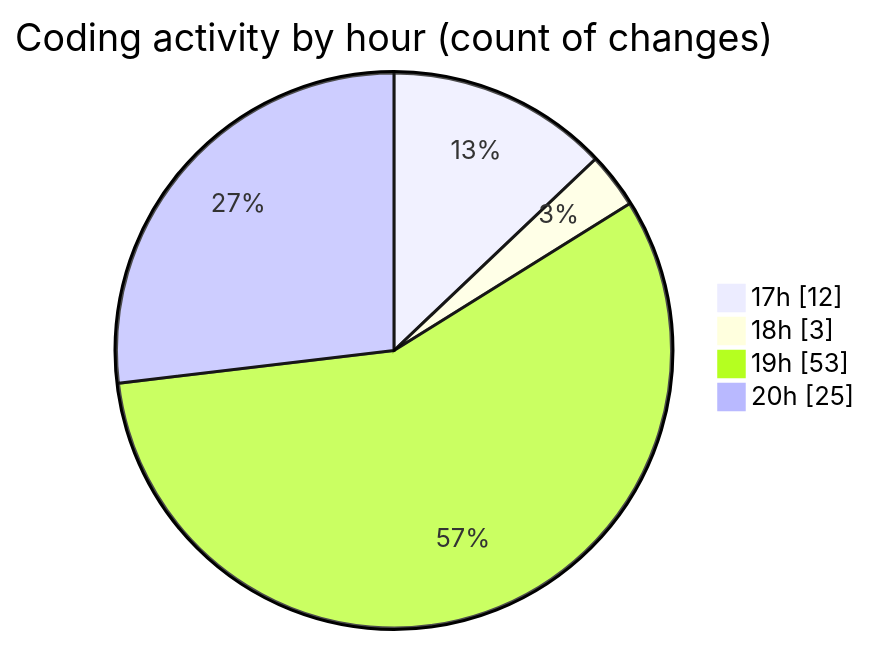
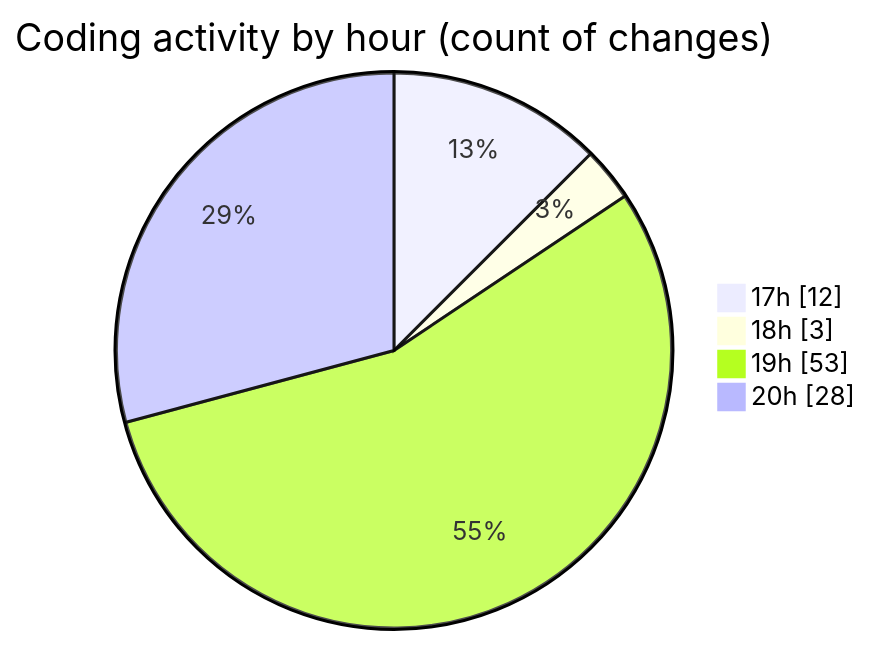
One commit to Ritupan-Deka/code-tracking changed the second of 2 diagrams in 2025-06-19/scopecraft/README.md. Above: the diagram before and after it, drawn with Mermaid. The commit also changed other lines of this file and 1 other file, not shown here.

````diff
--- a/2025-06-19/scopecraft/README.md
+++ b/2025-06-19/scopecraft/README.md
@@ -44,8 +44,8 @@
 ```mermaid
 pie showData
 title Coding activity by hour (count of changes)
 "17h" : 12
 "18h" : 3
 "19h" : 53
-"20h" : 25
+"20h" : 28
 ```
````
